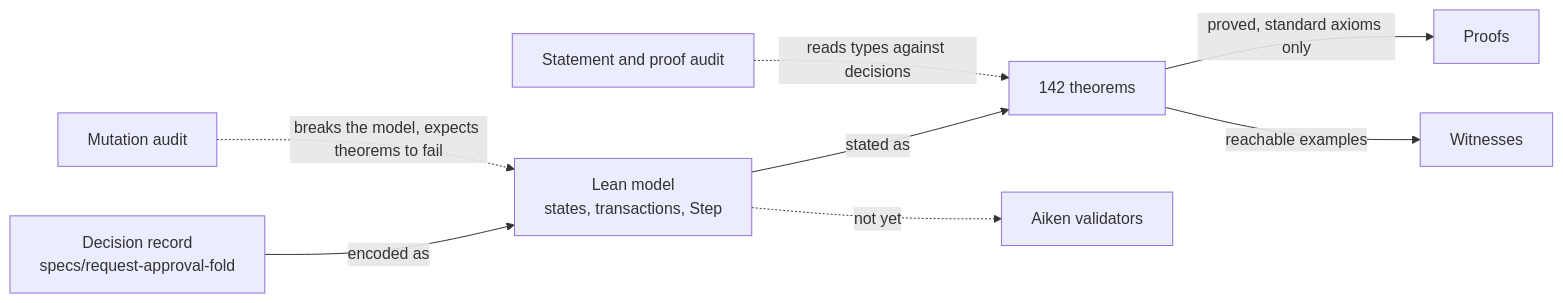
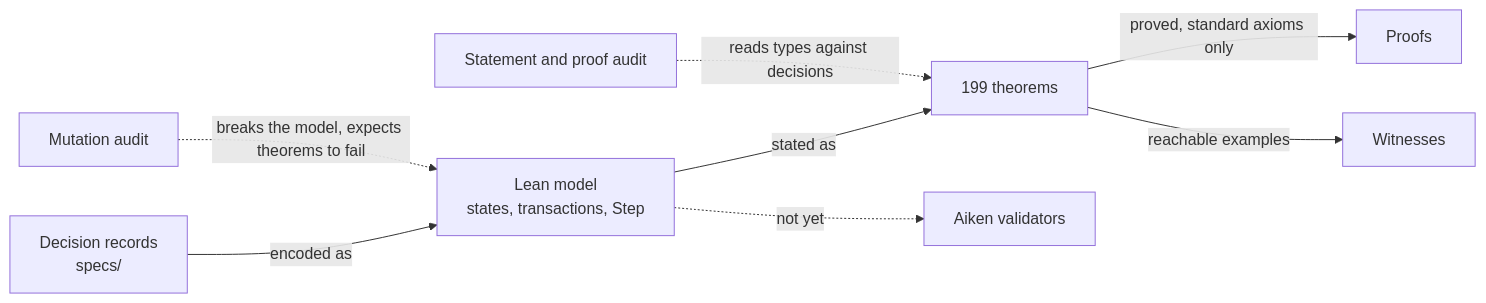
The first of 6 diagrams in docs/design/registries/formal-model.md (cardano-foundation/cardano-mpfs-onchain), drawn with Mermaid before and after one commit. The commit also changed other lines of this file and 1 other file, not shown here.

Commit message:
docs: registry model with durable witnesses and its audits

````diff
--- a/docs/design/registries/formal-model.md
+++ b/docs/design/registries/formal-model.md
@@ -17,10 +17,10 @@
 ```mermaid
 flowchart LR
-  decisions["Decision record<br/>specs/request-approval-fold"] -- "encoded as" --> model["Lean model<br/>states, transactions, Step"]
-  model -- "stated as" --> theorems["142 theorems"]
+  decisions["Decision records<br/>specs/"] -- "encoded as" --> model["Lean model<br/>states, transactions, Step"]
+  model -- "stated as" --> theorems["199 theorems"]
   theorems -- "proved, standard axioms only" --> proofs["Proofs"]
   theorems -- "reachable examples" --> witnesses["Witnesses"]
   audit1["Statement and proof audit"] -. "reads types against decisions" .-> theorems
   audit2["Mutation audit"] -. "breaks the model, expects theorems to fail" .-> model
   model -. "not yet" .-> validators["Aiken validators"]
 ```
````
